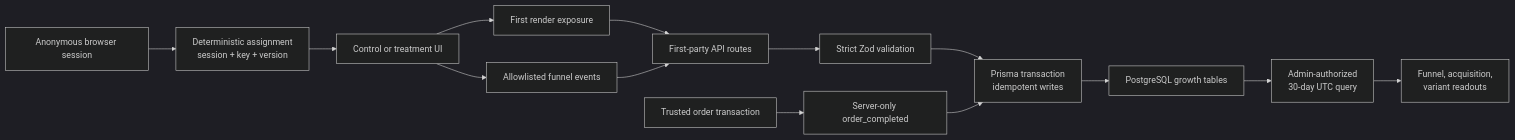
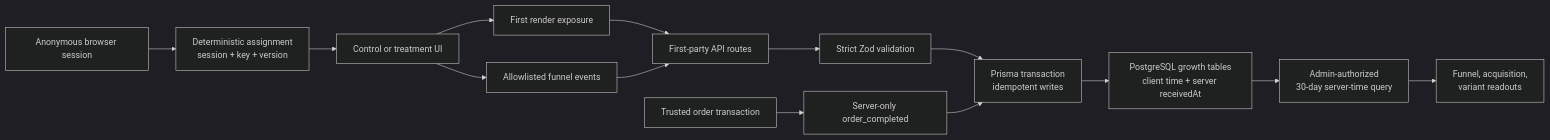
One commit to deepakpk-dev/rype changed the diagram in README.md. Above: the diagram before and after it, drawn with Mermaid (dark theme). The commit also changed other lines of this file and 13 other files, not shown here.

````diff
--- a/README.md
+++ b/README.md
@@ -53,16 +53,16 @@
 ```mermaid
 flowchart LR
   A["Anonymous browser session"] --> B["Deterministic assignment<br/>session + key + version"]
   B --> C["Control or treatment UI"]
   C --> D["First render exposure"]
   C --> E["Allowlisted funnel events"]
   F["Trusted order transaction"] --> G["Server-only order_completed"]
   D --> H["First-party API routes"]
   E --> H
   H --> I["Strict Zod validation"]
   I --> J["Prisma transaction<br/>idempotent writes"]
   G --> J
-  J --> K["PostgreSQL growth tables"]
-  K --> L["Admin-authorized<br/>30-day UTC query"]
+  J --> K["PostgreSQL growth tables<br/>client time + server receivedAt"]
+  K --> L["Admin-authorized<br/>30-day server-time query"]
   L --> M["Funnel, acquisition,<br/>variant readouts"]
 ```
````
